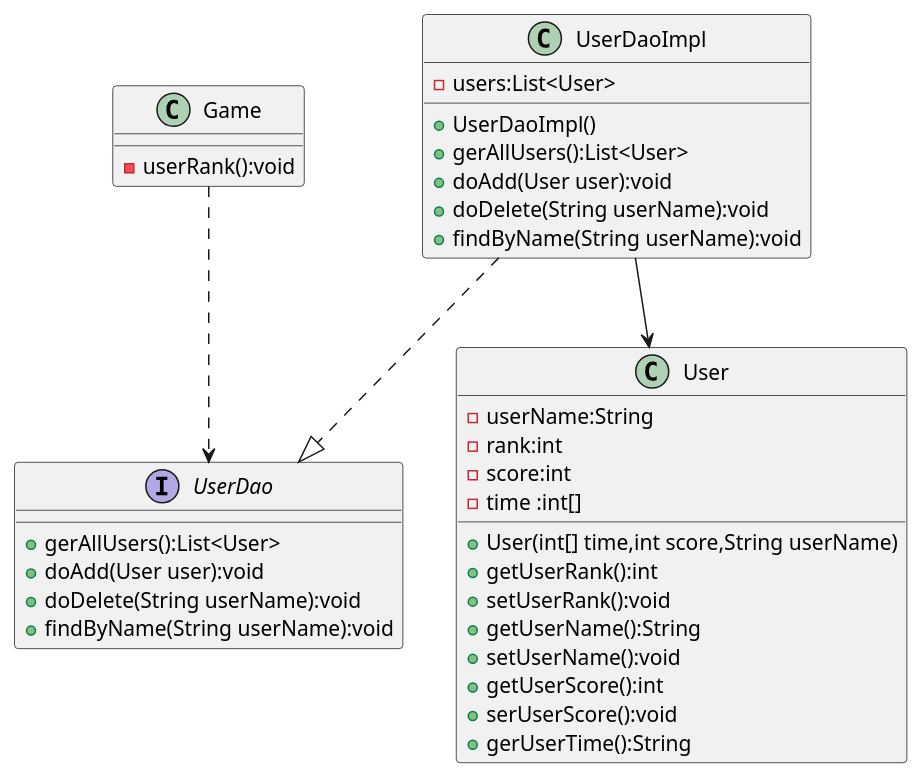
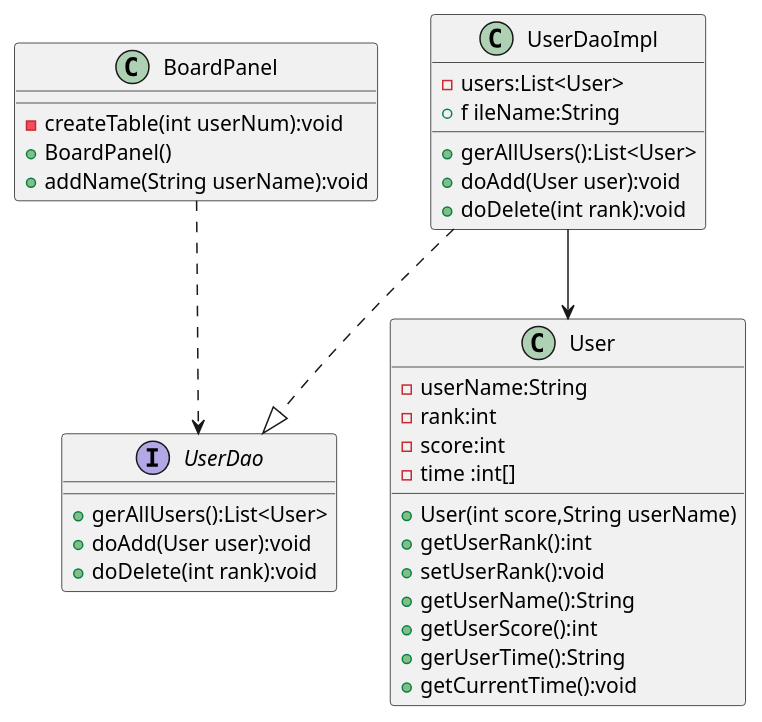
Before and after one commit to Neon850/AircraftWar-base: the diagram in uml/DAOMode.puml, drawn with PlantUML. The commit also changed 34 other files, not shown here.

Commit message:
experiment progress：lab6，使用观察者模式处理炸弹道具，使用模板模式处理不同难度下的游戏玩法。其中，在“随着游戏时间增加，游戏难度提高”，我使用的是，根据每次消除一次boss机作为一个回合，增加一次难度。在火力道具中，我设计的是，在道具有效期内，每触碰一个新的火力道具，子弹数加1，有最大子弹数上限。最后就是根据重构的代码去更改以往实验中的所有uml类图。完结撒花！

```diff
--- a/uml/DAOMode.puml
+++ b/uml/DAOMode.puml
@@ -1,47 +1,48 @@
 @startuml
 'https://plantuml.com/class-diagram
 
 interface UserDao
 class User
 class UserDaoImpl
-class Game
+class BoardPanel
 
 UserDaoImpl..|>UserDao
 UserDaoImpl-->User
-Game..>UserDao
+BoardPanel..>UserDao
+
 
 class User{
 - userName:String
 - rank:int
 - score:int
 - time :int[]
-+User(int[] time,int score,String userName)
++User(int score,String userName)
 +getUserRank():int
 +setUserRank():void
 +getUserName():String
-+setUserName():void
 +getUserScore():int
-+serUserScore():void
 +gerUserTime():String
++getCurrentTime():void
 }
 
 interface UserDao{
 +gerAllUsers():List<User>
 +doAdd(User user):void
-+doDelete(String userName):void
-+findByName(String userName):void
++doDelete(int rank):void
 }
 class UserDaoImpl{
 - users:List<User>
-+ UserDaoImpl()
++f ileName:String
 + gerAllUsers():List<User>
 + doAdd(User user):void
-+doDelete(String userName):void
-+findByName(String userName):void
++ doDelete(int rank):void
 }
-class Game{
-- userRank():void
+class BoardPanel{
+- createTable(int userNum):void
++ BoardPanel()
++ addName(String userName):void
+
 }
 
 
 @enduml
```
